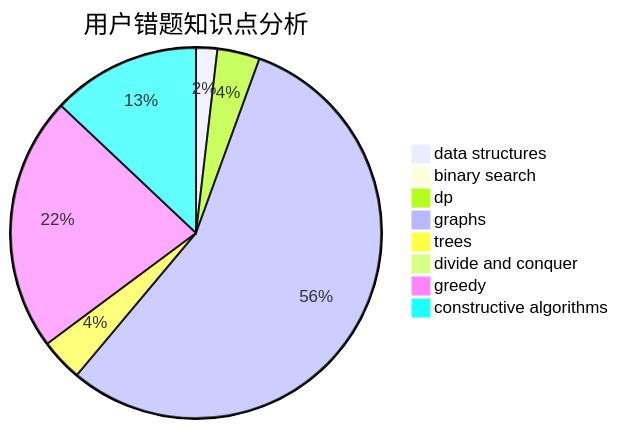
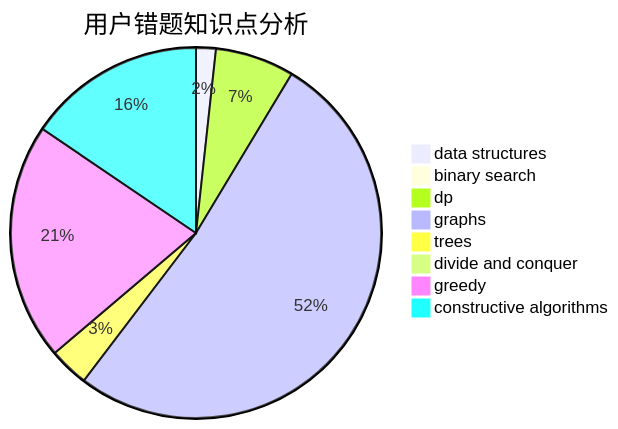
Before and after one commit to sherpahu/cfrs.github.io: the third of 3 diagrams in docs/user/u331.md, drawn with Mermaid. The commit also changed other lines of this file and 2770 other files, not shown here.

````diff
--- a/docs/user/u331.md
+++ b/docs/user/u331.md
@@ -36,11 +36,11 @@
 ```mermaid
 pie title 用户错题知识点分析
     "data structures" :  1
     "binary search" :  0
-    "dp" :  2
+    "dp" :  4
     "graphs" :  30
     "trees" :  2
     "divide and conquer" :  0
     "greedy" :  12
-    "constructive algorithms" :  7
+    "constructive algorithms" :  9
 ```
````
